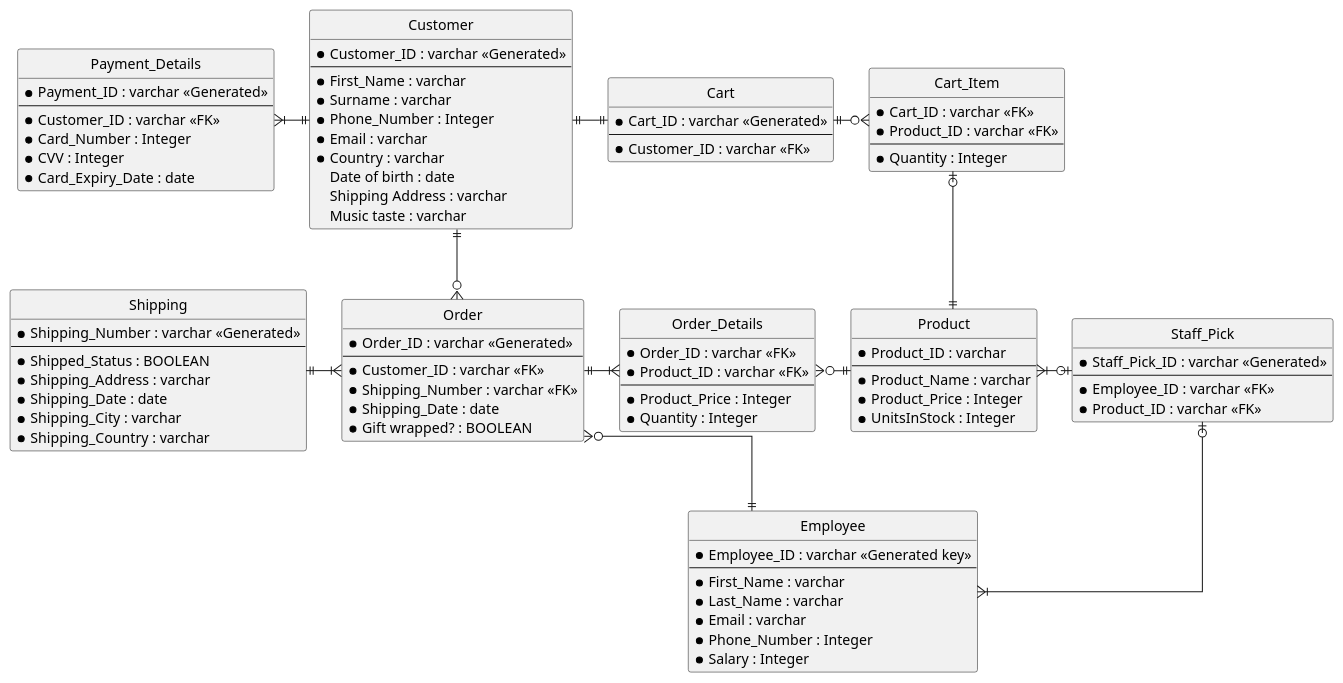
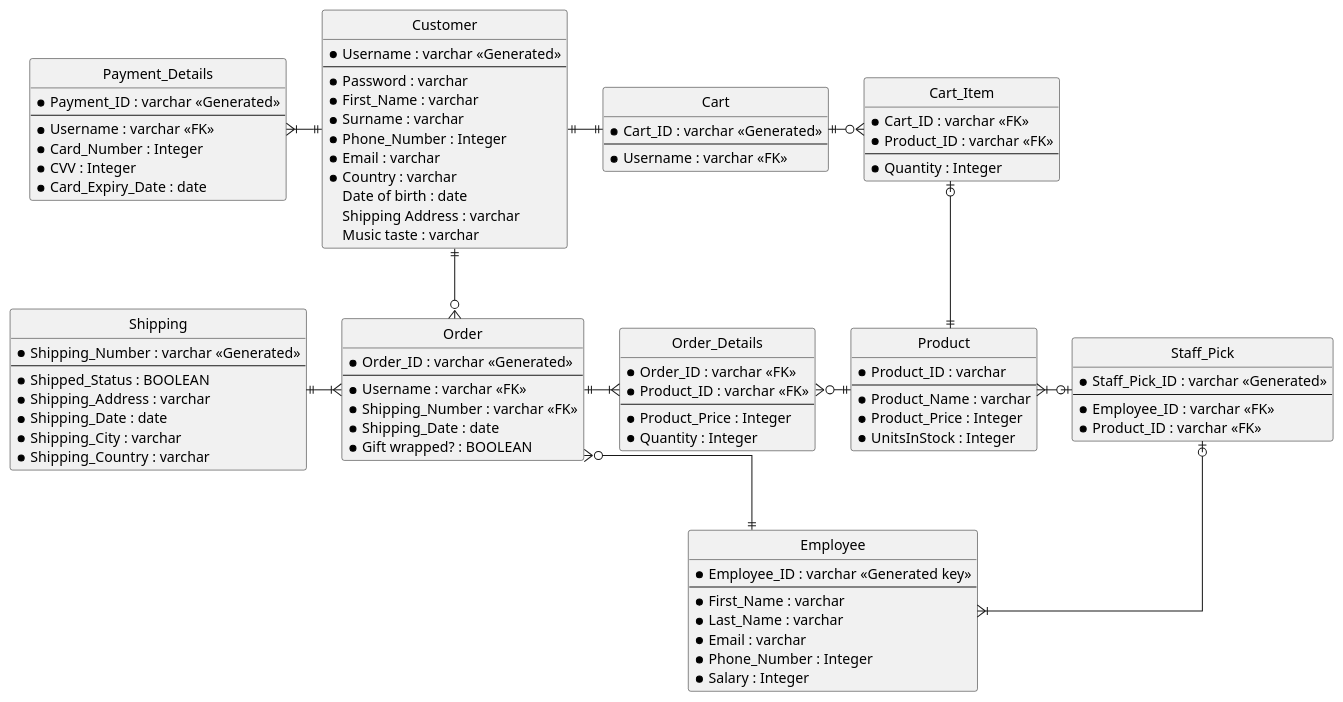
One commit to shaystevens/INFO201-assignments changed the diagram in milestone2/HVLo-Fi-erd.puml. Above: the diagram before and after it, drawn with PlantUML. The commit also changed 1 other file, not shown here.

Commit message:
Updated so customer has a username and password

```diff
--- a/milestone2/HVLo-Fi-erd.puml
+++ b/milestone2/HVLo-Fi-erd.puml
@@ -1,106 +1,107 @@
 @startuml HV Lo-Fi
 
 skinparam Style StrictUML
 skinparam LineType ortho
 skinparam monochrome true
 
 class Customer {
-    * Customer_ID : varchar <<Generated>>
+    * Username : varchar <<Generated>>
 --
+    * Password : varchar
     * First_Name : varchar
     * Surname : varchar
     * Phone_Number : Integer
     * Email : varchar
     * Country : varchar
     Date of birth : date
     Shipping Address : varchar
     Music taste : varchar
 }
 
 class Product {
     * Product_ID : varchar
 --
     * Product_Name : varchar
     * Product_Price : Integer
     * UnitsInStock : Integer
 }
 
 class Order {
     * Order_ID : varchar <<Generated>>
 --
-    * Customer_ID : varchar <<FK>>
+    * Username : varchar <<FK>>
     * Shipping_Number : varchar <<FK>>
     * Shipping_Date : date
     * Gift wrapped? : BOOLEAN
 }
 
 class Shipping {
     * Shipping_Number : varchar <<Generated>>
 --
     * Shipped_Status : BOOLEAN
     * Shipping_Address : varchar
     * Shipping_Date : date
     * Shipping_City : varchar
     * Shipping_Country : varchar
 }
 
 class Payment_Details {
     * Payment_ID : varchar <<Generated>>
 --
-    * Customer_ID : varchar <<FK>>
+    * Username : varchar <<FK>>
     * Card_Number : Integer
     * CVV : Integer
     * Card_Expiry_Date : date
 }
 
 class Order_Details {
     * Order_ID : varchar <<FK>>
     * Product_ID : varchar <<FK>>
 --
     * Product_Price : Integer
     * Quantity : Integer
 }
 
 class Cart {
     * Cart_ID : varchar <<Generated>>
 --
-    * Customer_ID : varchar <<FK>>
+    * Username : varchar <<FK>>
 }
 
 class Cart_Item {
     * Cart_ID : varchar <<FK>>
     * Product_ID : varchar <<FK>>
 --
     * Quantity : Integer
 }
 
 class Employee {
     * Employee_ID : varchar <<Generated key>>
 --
     * First_Name : varchar
     * Last_Name : varchar
     * Email : varchar
     * Phone_Number : Integer
     * Salary : Integer
 }
 
 class Staff_Pick {
     * Staff_Pick_ID : varchar <<Generated>>
 --
     * Employee_ID : varchar <<FK>>
     * Product_ID : varchar <<FK>>
 }
 
 Customer ||--o{ Order
 Customer ||-|| Cart
 Cart ||-o{ Cart_Item
 Cart_Item |o-|| Product
 Payment_Details }|-|| Customer
 Shipping ||-|{ Order
 Order ||-|{ Order_Details
 Order_Details }o-|| Product
 Staff_Pick |o--|{ Employee
 Product }|-o| Staff_Pick
 Order }o--|| Employee
 
 @enduml
```
